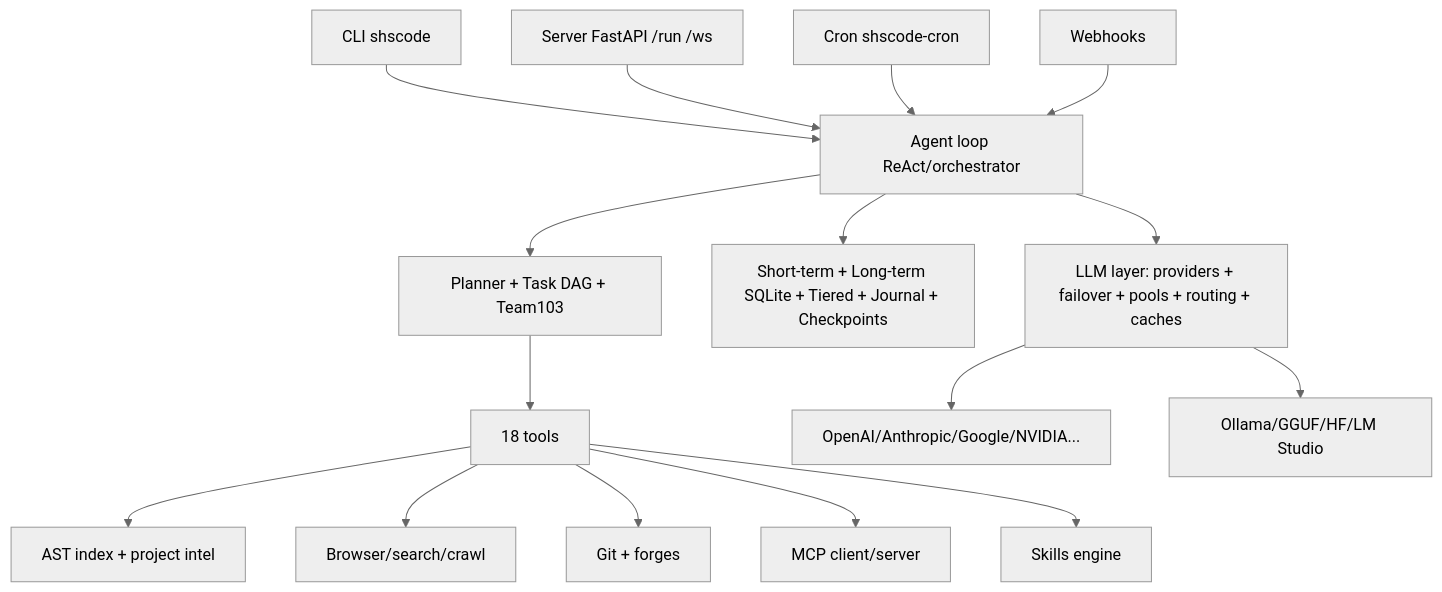
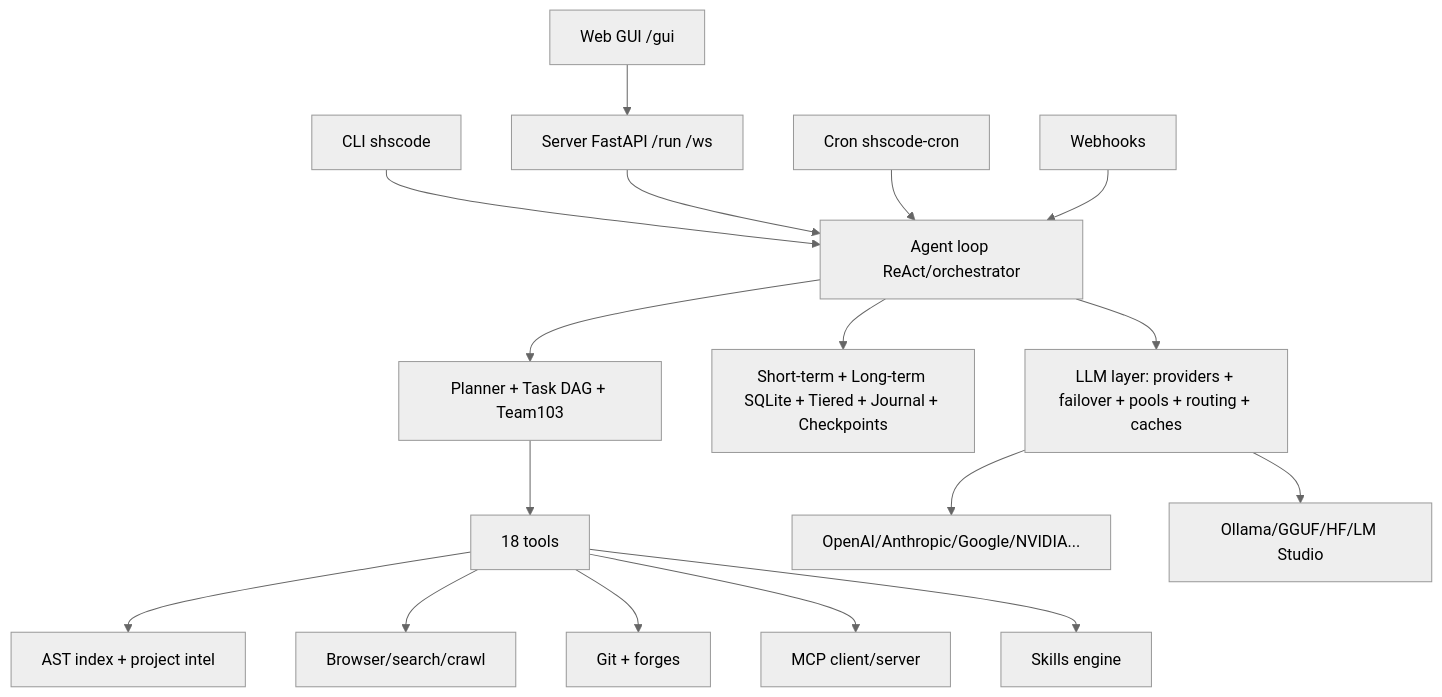
Before and after one commit to shslab-org/SHS-Code: the first of 2 diagrams in README.md, drawn with Mermaid (neutral theme). The commit also changed other lines of this file, not shown here.

````diff
--- a/README.md
+++ b/README.md
@@ -200,18 +223,19 @@
 ```mermaid
 flowchart TB
   CLI[CLI shscode] --> Agent[Agent loop ReAct/orchestrator]
-  Server[Server FastAPI /run /ws] --> Agent
+  GUI[Web GUI /gui] --> Server[Server FastAPI /run /ws]
+  Server --> Agent
   Cron[Cron shscode-cron] --> Agent
   Webhook[Webhooks] --> Agent
   Agent --> Planner[Planner + Task DAG + Team103]
   Planner --> Tools[18 tools]
   Tools --> CodeIntel[AST index + project intel]
   Tools --> Browser[Browser/search/crawl]
   Tools --> Git[Git + forges]
   Tools --> MCP[MCP client/server]
   Tools --> Skills[Skills engine]
   Agent --> Memory[Short-term + Long-term SQLite + Tiered + Journal + Checkpoints]
   Agent --> LLM[LLM layer: providers + failover + pools + routing + caches]
   LLM --> Cloud[OpenAI/Anthropic/Google/NVIDIA...]
   LLM --> Local[Ollama/GGUF/HF/LM Studio]
 ```
````
